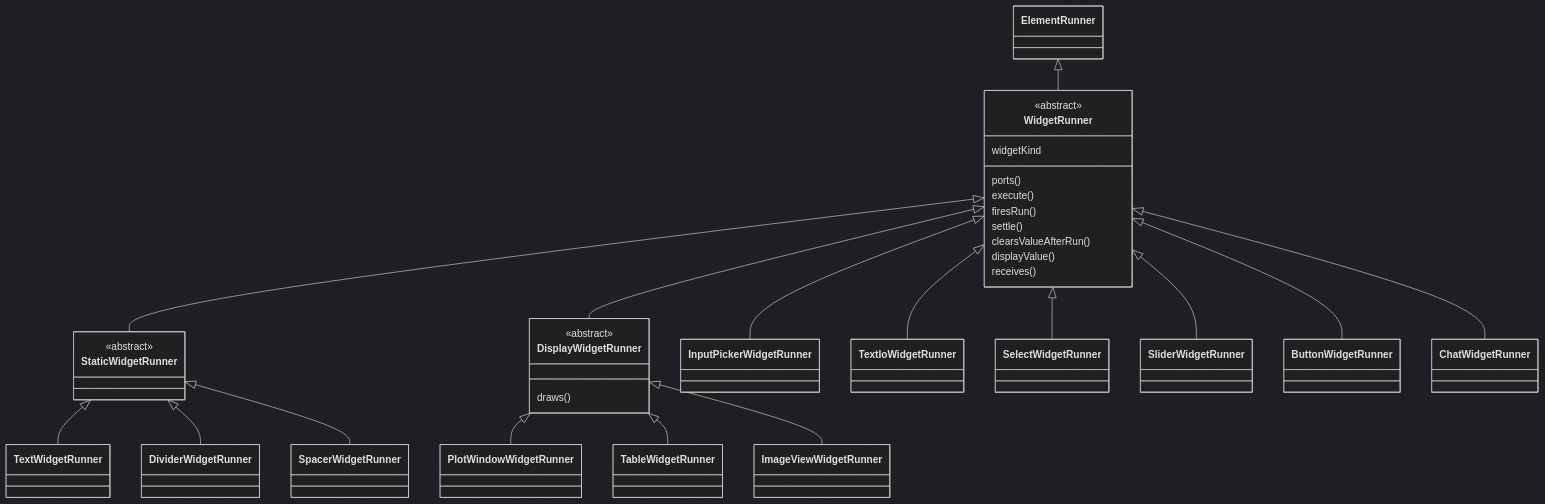
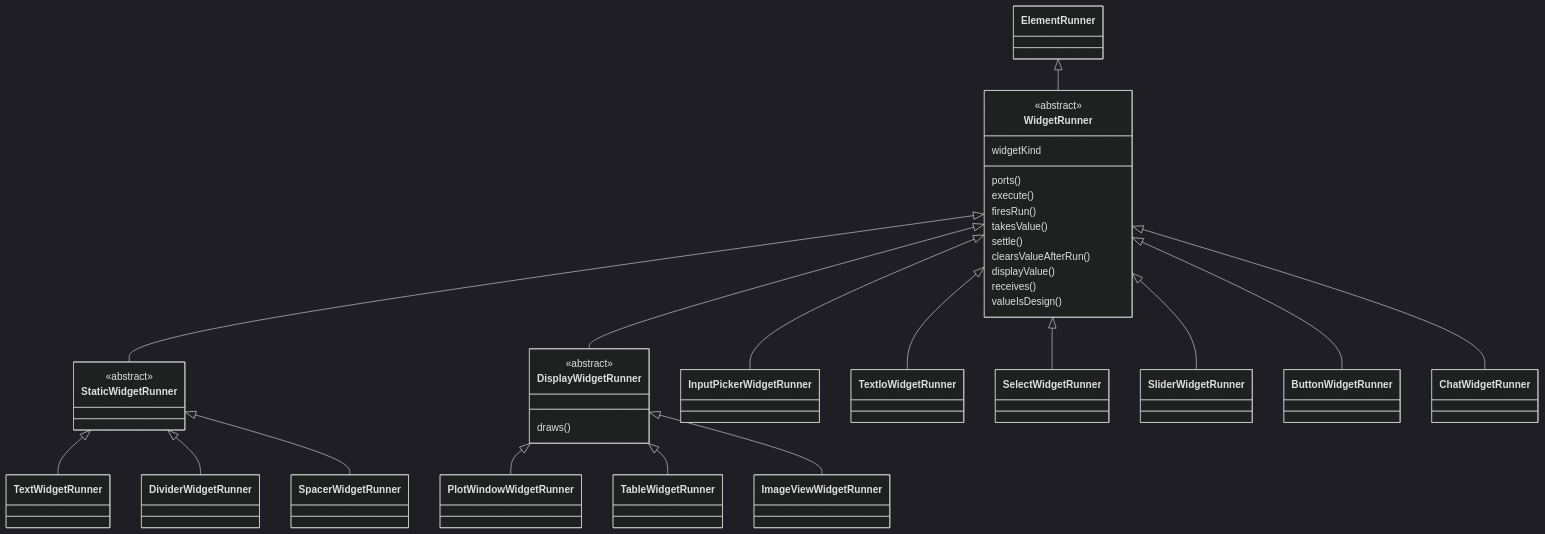
Before and after one commit to Archimedes79/AI_Graph: the fourth of 9 diagrams in arch/overview.md, drawn with Mermaid (dark theme). The commit also changed other lines of this file and 16 other files, not shown here.

````diff
--- a/arch/overview.md
+++ b/arch/overview.md
@@ -221,36 +261,38 @@
 ```mermaid
 classDiagram
   class WidgetRunner {
     <<abstract>>
     widgetKind
     ports()
     execute()
     firesRun()
+    takesValue()
     settle()
     clearsValueAfterRun()
     displayValue()
     receives()
+    valueIsDesign()
   }
   class StaticWidgetRunner {
     <<abstract>>
   }
   class DisplayWidgetRunner {
     <<abstract>>
     draws()
   }
   ElementRunner <|-- WidgetRunner
   WidgetRunner <|-- InputPickerWidgetRunner
   WidgetRunner <|-- TextIoWidgetRunner
   WidgetRunner <|-- SelectWidgetRunner
   WidgetRunner <|-- SliderWidgetRunner
   WidgetRunner <|-- ButtonWidgetRunner
   WidgetRunner <|-- ChatWidgetRunner
   WidgetRunner <|-- StaticWidgetRunner
   WidgetRunner <|-- DisplayWidgetRunner
   StaticWidgetRunner <|-- TextWidgetRunner
   StaticWidgetRunner <|-- DividerWidgetRunner
   StaticWidgetRunner <|-- SpacerWidgetRunner
   DisplayWidgetRunner <|-- PlotWindowWidgetRunner
   DisplayWidgetRunner <|-- TableWidgetRunner
   DisplayWidgetRunner <|-- ImageViewWidgetRunner
 ```
````
